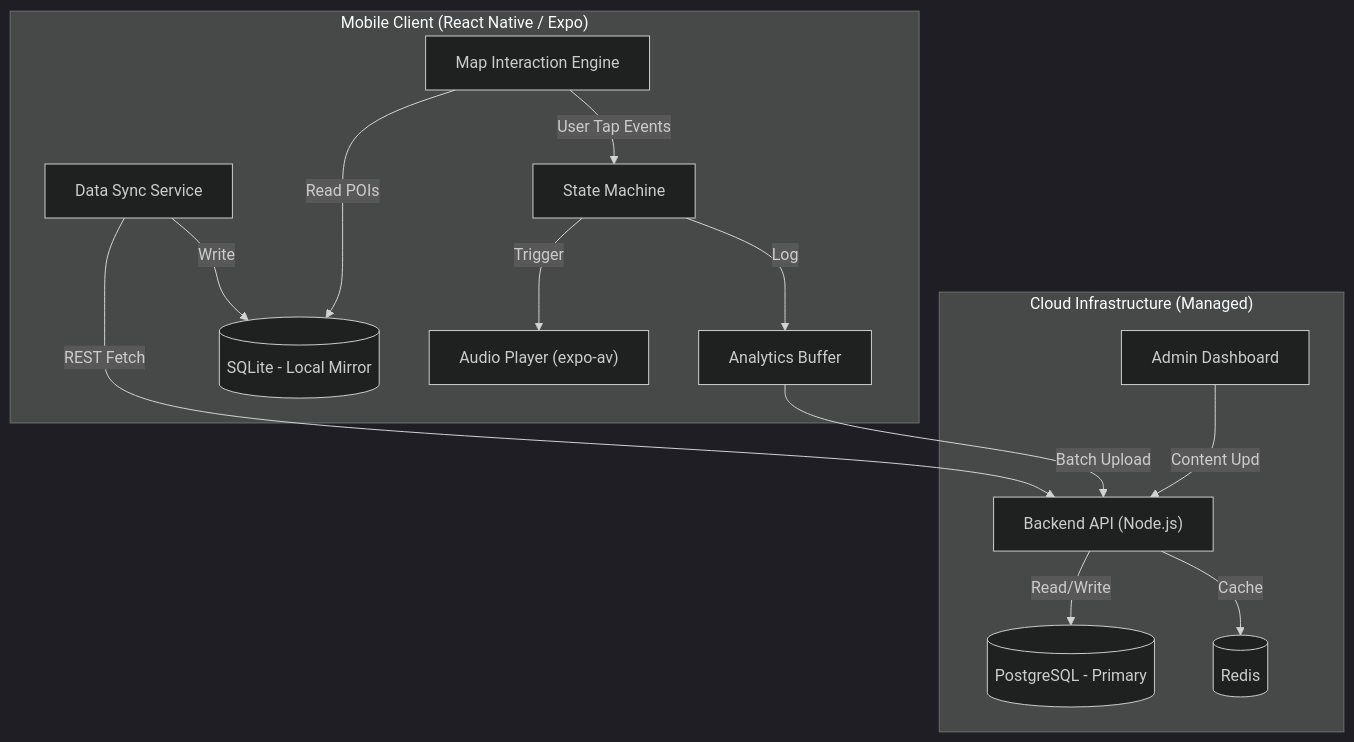
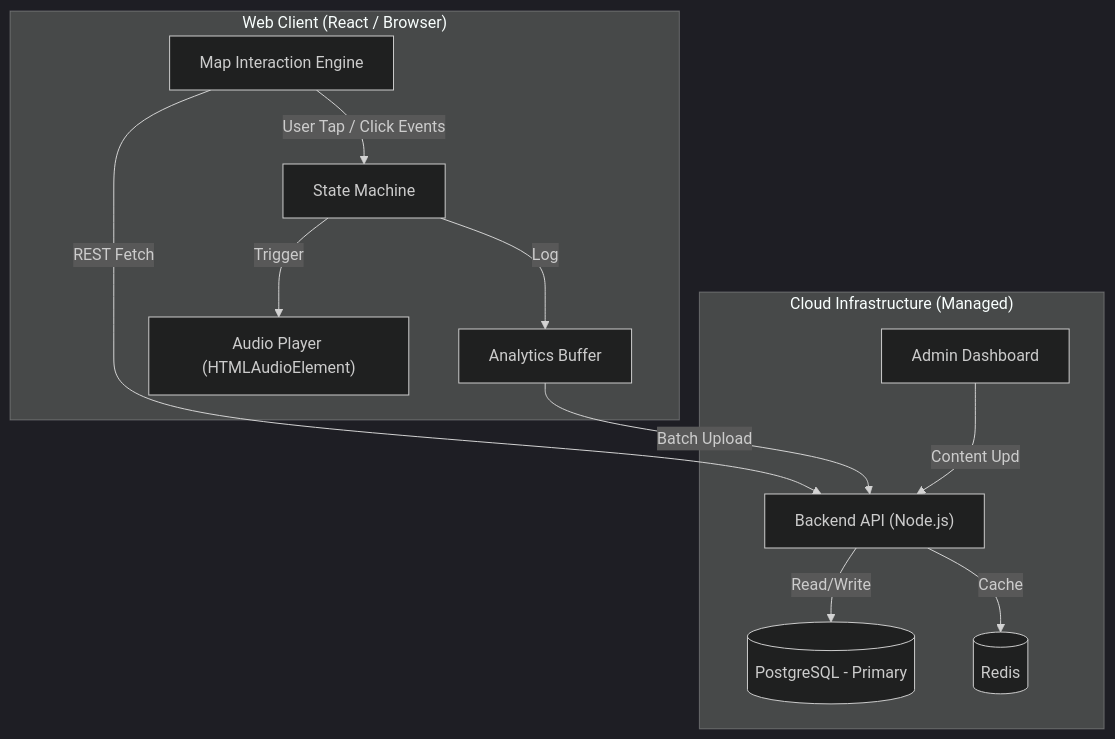
One commit to ngsouthbrother04/PhoAmThuc changed the diagram in ARCHITECTURE.md. Above: the diagram before and after it, drawn with Mermaid (dark theme). The commit also changed other lines of this file and 11 other files, not shown here.

````diff
--- a/ARCHITECTURE.md
+++ b/ARCHITECTURE.md
@@ -24,21 +24,18 @@
 ```mermaid
 graph TD
     subgraph "Cloud Infrastructure (Managed)"
         Admin[Admin Dashboard] -->|Content Upd| API["Backend API (Node.js)"]
         API -->|Read/Write| Postgres[(PostgreSQL - Primary)]
         API -->|Cache| Redis[(Redis)]
     end
 
-    subgraph "Mobile Client (React Native / Expo)"
-        Sync["Data Sync Service"] -->|REST Fetch| API
-        Sync -->|Write| LocalDB[("SQLite - Local Mirror")]
+    subgraph "Web Client (React / Browser)"
+        Map[Map Interaction Engine] -->|REST Fetch| API
+      Map -->|User Tap / Click Events| State[State Machine]
         
-        Map[Map Interaction Engine] -->|Read POIs| LocalDB
-        Map -->|User Tap Events| State[State Machine]
-        
-        State -->|Trigger| AudioPlayer["Audio Player (expo-av)"]
+      State -->|Trigger| AudioPlayer["Audio Player (HTMLAudioElement)"]
         State -->|Log| Analytics[Analytics Buffer]
         
         Analytics -->|Batch Upload| API
     end
 ```
````
